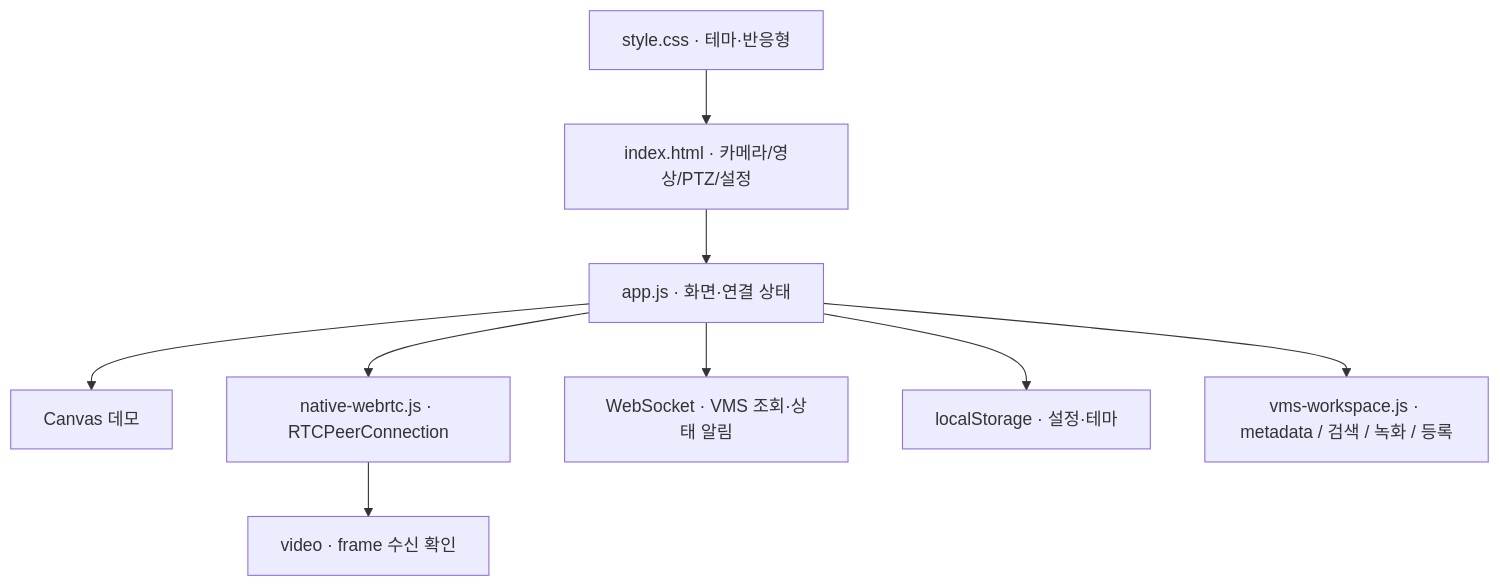
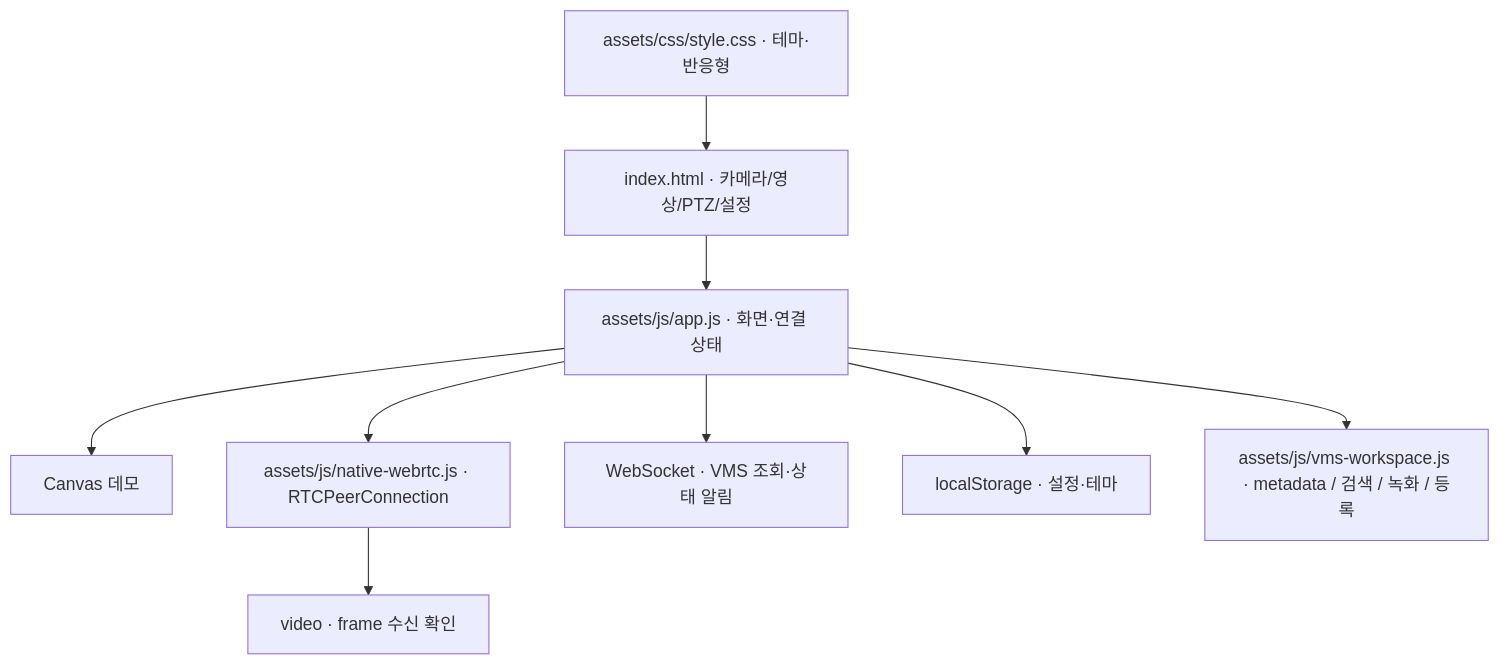
The second of 2 diagrams in README.md (PTZ-CAMERA/PTZ_WEB_Client), drawn with Mermaid before and after one commit. The commit also changed other lines of this file and 7 other files, not shown here.

````diff
--- a/README.md
+++ b/README.md
@@ -22,11 +22,11 @@
 ```mermaid
 flowchart TD
-    UI["index.html · 카메라/영상/PTZ/설정"] --> App["app.js · 화면·연결 상태"]
-    CSS["style.css · 테마·반응형"] --> UI
+    UI["index.html · 카메라/영상/PTZ/설정"] --> App["assets/js/app.js · 화면·연결 상태"]
+    CSS["assets/css/style.css · 테마·반응형"] --> UI
     App --> Demo["Canvas 데모"]
-    App --> Reader["native-webrtc.js · RTCPeerConnection"]
+    App --> Reader["assets/js/native-webrtc.js · RTCPeerConnection"]
     Reader --> Video["video · frame 수신 확인"]
     App --> WS["WebSocket · VMS 조회·상태 알림"]
     App --> Storage["localStorage · 설정·테마"]
-    App --> Workspace["vms-workspace.js · metadata / 검색 / 녹화 / 등록"]
+    App --> Workspace["assets/js/vms-workspace.js · metadata / 검색 / 녹화 / 등록"]
 ```
````
